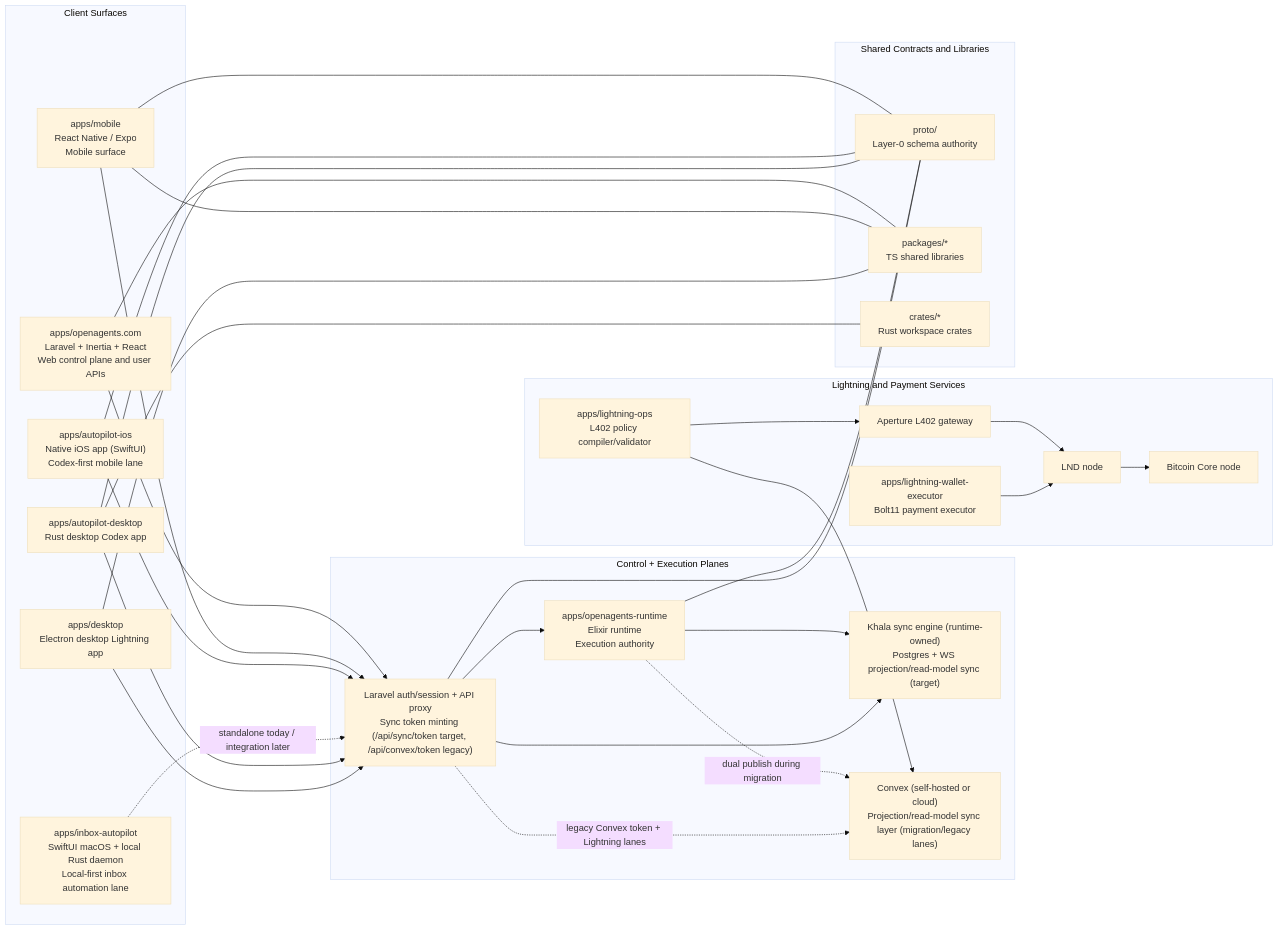
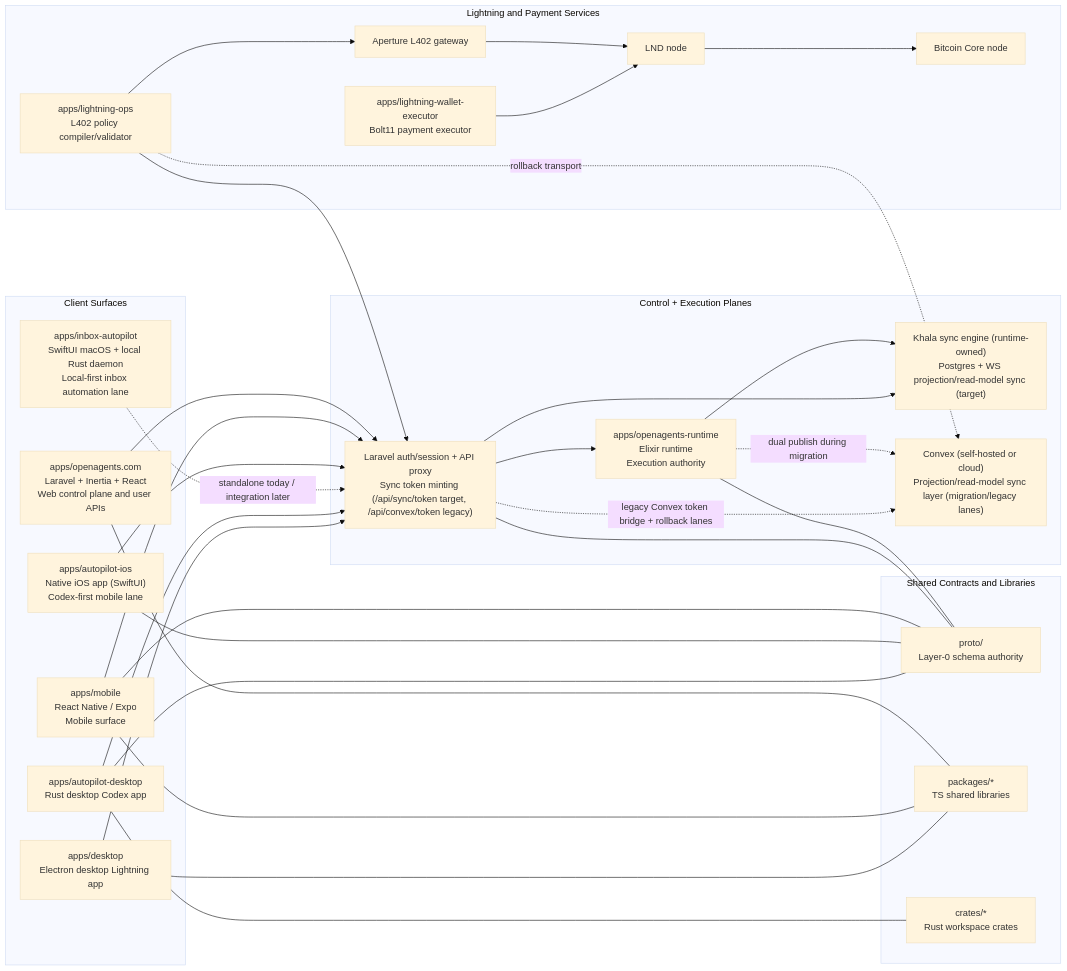
The diagram in docs/ARCHITECTURE.md (OpenAgentsInc/openagents), drawn with Mermaid (base theme) before and after one commit. The commit also changed other lines of this file and 20 other files, not shown here.

Commit message:
feat(lightning): add Laravel control-plane API parity path

````diff
--- a/docs/ARCHITECTURE.md
+++ b/docs/ARCHITECTURE.md
@@ -15,61 +15,62 @@
 ```mermaid
 flowchart LR
   subgraph clients["Client Surfaces"]
     web["apps/openagents.com<br/>Laravel + Inertia + React<br/>Web control plane and user APIs"]
     mobile["apps/mobile<br/>React Native / Expo<br/>Mobile surface"]
     ios["apps/autopilot-ios<br/>Native iOS app (SwiftUI)<br/>Codex-first mobile lane"]
     inboxAutopilot["apps/inbox-autopilot<br/>SwiftUI macOS + local Rust daemon<br/>Local-first inbox automation lane"]
     rustDesktop["apps/autopilot-desktop<br/>Rust desktop Codex app"]
     electronDesktop["apps/desktop<br/>Electron desktop Lightning app"]
   end
 
   subgraph control["Control + Execution Planes"]
     runtime["apps/openagents-runtime<br/>Elixir runtime<br/>Execution authority"]
     khala["Khala sync engine (runtime-owned)<br/>Postgres + WS projection/read-model sync (target)"]
     convex["Convex (self-hosted or cloud)<br/>Projection/read-model sync layer (migration/legacy lanes)"]
     laravel["Laravel auth/session + API proxy<br/>Sync token minting (/api/sync/token target, /api/convex/token legacy)"]
   end
 
   subgraph lightning["Lightning and Payment Services"]
     lops["apps/lightning-ops<br/>L402 policy compiler/validator"]
     lwe["apps/lightning-wallet-executor<br/>Bolt11 payment executor"]
     lnd["LND node"]
     bitcoind["Bitcoin Core node"]
     aperture["Aperture L402 gateway"]
   end
 
   subgraph contracts["Shared Contracts and Libraries"]
     proto["proto/<br/>Layer-0 schema authority"]
     packages["packages/*<br/>TS shared libraries"]
     crates["crates/*<br/>Rust workspace crates"]
   end
 
   web --> laravel
   mobile --> laravel
   ios --> laravel
   inboxAutopilot -.->|"standalone today / integration later"| laravel
   rustDesktop --> laravel
   electronDesktop --> laravel
 
   laravel --> runtime
   runtime --> khala
   laravel --> khala
   runtime -.->|"dual publish during migration"| convex
-  laravel -.->|"legacy Convex token + Lightning lanes"| convex
+  laravel -.->|"legacy Convex token bridge + rollback lanes"| convex
 
   lops --> aperture
-  lops --> convex
+  lops --> laravel
+  lops -.->|"rollback transport"| convex
   aperture --> lnd
   lwe --> lnd
   lnd --> bitcoind
 
   runtime --- proto
   laravel --- proto
   mobile --- proto
   ios --- proto
   rustDesktop --- proto
   web --- packages
   mobile --- packages
   electronDesktop --- packages
   rustDesktop --- crates
 ```
````
